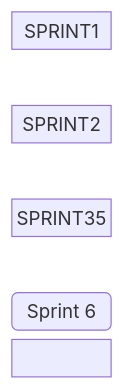
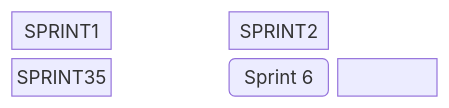
Before and after one commit to chingu-voyages/Handbook: the second of 2 diagrams in docs/guides/voyage/voyage.md, drawn with Mermaid.

Commit message:
Feature: Add new Voyage Process diagram

````diff
--- a/docs/guides/voyage/voyage.md
+++ b/docs/guides/voyage/voyage.md
@@ -243,6 +243,6 @@
 ```mermaid
 block-beta
-columns 1
+columns 4
   SPRINT1 space SPRINT2 space SPRINT35 space SPRINT6
   SPRINT1("Sprint 1")-->SPRINT2("Sprint 2")-->SPRINT35("Sprints 3-5")-->SPRINT6("Sprint 6")
 ```
````
